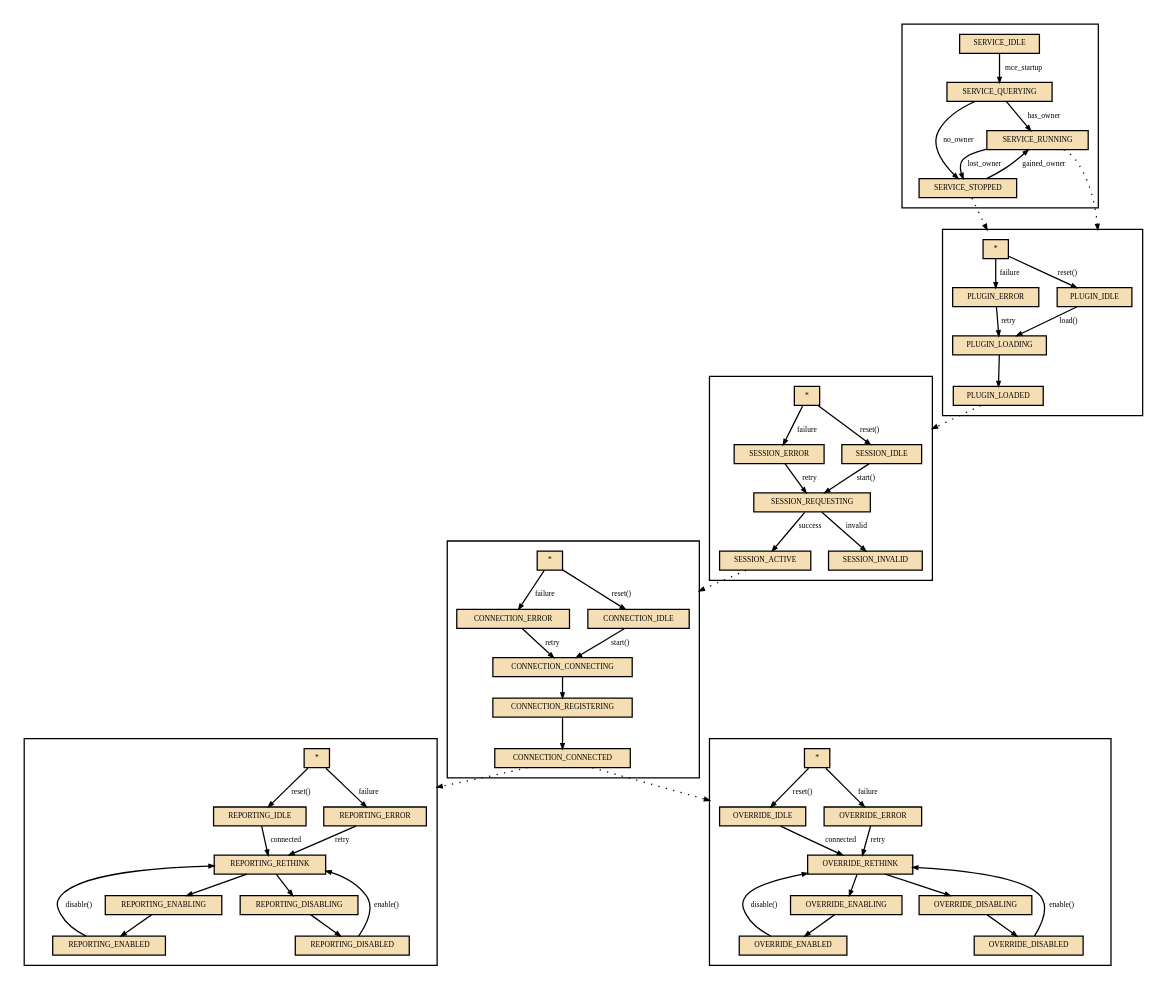
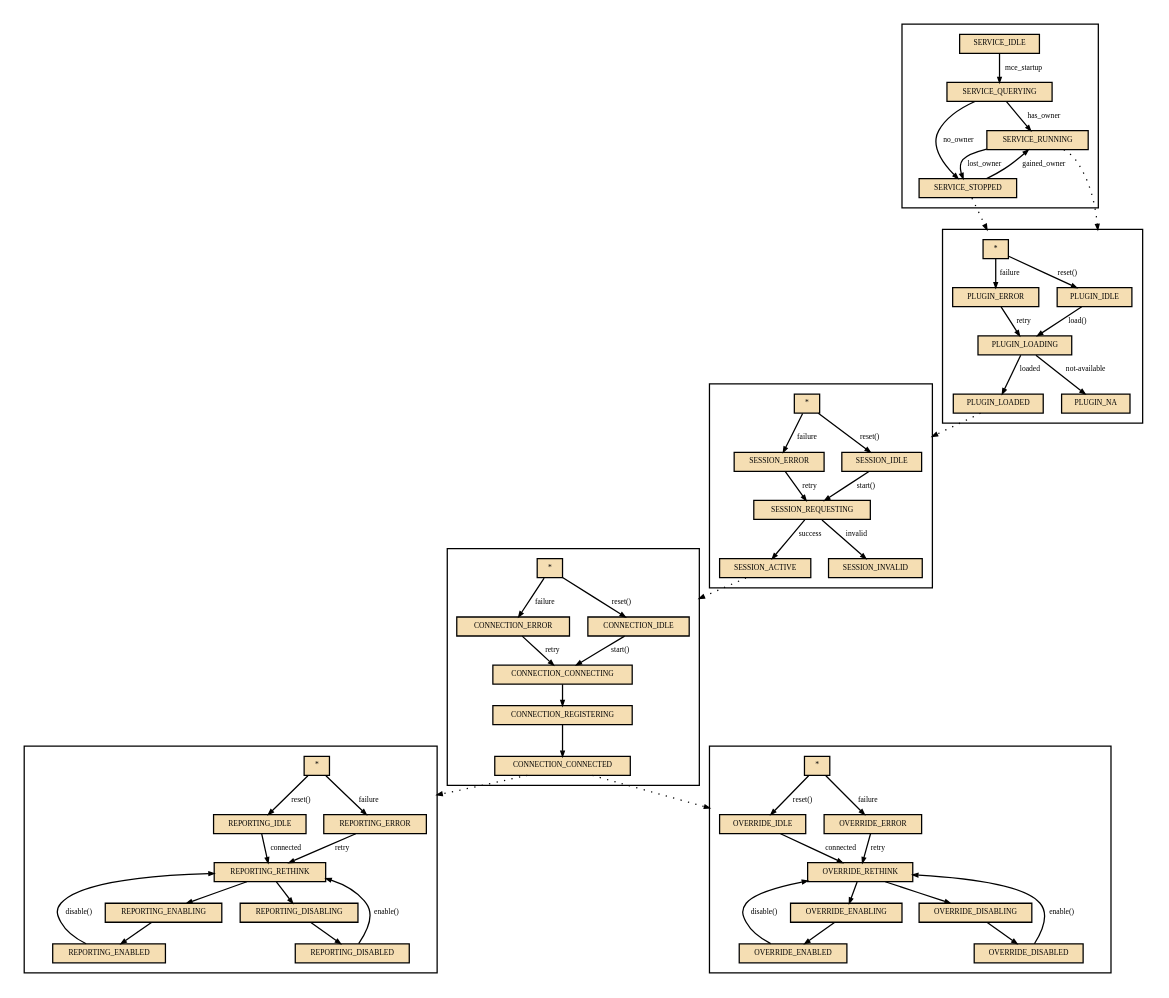
The diagram in mce-sensorfw.dot (sailfishos/mce), drawn with Graphviz before and after one commit. The commit also changed 1 other file, not shown here.

Commit message:
[mce-sensorfw] Do not retry loading of unavailable sensors. JB#41369
Now that it is possible for sensorfwd to refuse loading a sensor plugin
(due to the device not having such sensor), this can trigger MCE into
perpetual retry-in-N-seconds D-Bus IPC loop.

Differentiate between "sensor was not loaded" replies and "there were
issues while requesting sensor load" error replies - so that former
is taken to mean that the sensor is not available, and the latter as
something that might be helped with retrying a bit later.

```diff
--- a/mce-sensorfw.dot
+++ b/mce-sensorfw.dot
@@ -1,148 +1,149 @@
 // -*- mode: c -*-
 
 digraph mce_sensorfw
 {
   fontsize=6;
   ranksep=0.2;
   nodesep=0.2;
 
   edge[fontsize=6];
   edge[arrowsize=0.4];
 
   node[width=0.001]
   node[height=0.001]
   node[fontsize=6]
   node[shape=box];
   node[style=filled];
   node[fillcolor=wheat];
 
   compound = true;
 
   subgraph clusterREPORTING {
     REPORTING_IDLE;
     REPORTING_RETHINK;
     REPORTING_ENABLING;
     REPORTING_ENABLED;
     REPORTING_DISABLING;
     REPORTING_DISABLED;
     REPORTING_ERROR;
     REPORTING_ANY [label="*"];
 
     REPORTING_ANY       -> REPORTING_ERROR [label="failure"];
     REPORTING_ANY       -> REPORTING_IDLE  [label="reset()"];
 
     REPORTING_IDLE      -> REPORTING_RETHINK [label="connected"];
 
     REPORTING_RETHINK   -> REPORTING_ENABLING;
     REPORTING_RETHINK   -> REPORTING_DISABLING;
 
     REPORTING_ENABLING  -> REPORTING_ENABLED;
     REPORTING_ENABLED   -> REPORTING_RETHINK [label="disable()"];
 
     REPORTING_DISABLING -> REPORTING_DISABLED;
     REPORTING_DISABLED  -> REPORTING_RETHINK  [label="enable()"];
 
     REPORTING_ERROR     -> REPORTING_RETHINK [label="retry"];
   }
 
   subgraph clusterOVERRIDE {
     OVERRIDE_IDLE;
     OVERRIDE_RETHINK;
     OVERRIDE_ENABLING;
     OVERRIDE_ENABLED;
     OVERRIDE_DISABLING;
     OVERRIDE_DISABLED;
     OVERRIDE_ERROR;
     OVERRIDE_ANY [label="*"];
 
     OVERRIDE_ANY       -> OVERRIDE_ERROR [label="failure"];
     OVERRIDE_ANY       -> OVERRIDE_IDLE  [label="reset()"];
 
     OVERRIDE_IDLE      -> OVERRIDE_RETHINK [label="connected"];
 
     OVERRIDE_RETHINK   -> OVERRIDE_ENABLING;
     OVERRIDE_RETHINK   -> OVERRIDE_DISABLING;
 
     OVERRIDE_ENABLING  -> OVERRIDE_ENABLED;
     OVERRIDE_ENABLED   -> OVERRIDE_RETHINK [label="disable()"];
     OVERRIDE_DISABLING -> OVERRIDE_DISABLED;
     OVERRIDE_DISABLED  -> OVERRIDE_RETHINK  [label="enable()"];
 
     OVERRIDE_ERROR     -> OVERRIDE_RETHINK [label="retry"];
   }
 
   subgraph clusterCONNECTION {
     CONNECTION_IDLE;
     CONNECTION_CONNECTING;
     CONNECTION_REGISTERING;
     CONNECTION_CONNECTED;
     CONNECTION_ERROR;
     CONNECTION_ANY [label="*"];
 
     CONNECTION_ANY           -> CONNECTION_ERROR [label="failure"];
     CONNECTION_ANY           -> CONNECTION_IDLE  [label="reset()"];
 
     CONNECTION_IDLE          -> CONNECTION_CONNECTING [label="start()"];
     CONNECTION_CONNECTING    -> CONNECTION_REGISTERING;
     CONNECTION_REGISTERING   -> CONNECTION_CONNECTED;
 
     CONNECTION_CONNECTED -> REPORTING_IDLE [style=dotted, lhead=clusterREPORTING]
     CONNECTION_CONNECTED -> OVERRIDE_IDLE  [style=dotted, lhead=clusterOVERRIDE]
 
     CONNECTION_ERROR     -> CONNECTION_CONNECTING [label="retry"];
   }
   subgraph clusterSESSION {
     SESSION_IDLE;
     SESSION_REQUESTING;
     SESSION_ACTIVE;
     SESSION_ERROR;
     SESSION_INVALID;
     SESSION_ANY [label="*"];
 
     SESSION_ANY        -> SESSION_ERROR      [label="failure"];
     SESSION_ANY        -> SESSION_IDLE       [label="reset()"];
 
     SESSION_IDLE       -> SESSION_REQUESTING [label="start()"];
     SESSION_REQUESTING -> SESSION_ACTIVE     [label="success"];
     SESSION_REQUESTING -> SESSION_INVALID    [label="invalid"];
 
     SESSION_ACTIVE   -> CONNECTION_IDLE [style=dotted, lhead=clusterCONNECTION]
 
     SESSION_ERROR    -> SESSION_REQUESTING [label="retry"];
   }
 
   subgraph clusterPLUGIN {
     PLUGIN_IDLE;
     PLUGIN_LOADING;
     PLUGIN_LOADED;
     PLUGIN_ERROR;
+    PLUGIN_NA;
     PLUGIN_ANY [label="*"];
 
-    PLUGIN_ANY  -> PLUGIN_IDLE    [label="reset()"];
-    PLUGIN_IDLE -> PLUGIN_LOADING [label="load()"];
+    PLUGIN_ANY  -> PLUGIN_IDLE       [label="reset()"];
+    PLUGIN_IDLE -> PLUGIN_LOADING    [label="load()"];
+    PLUGIN_LOADING -> PLUGIN_NA      [label="not-available"];
+    PLUGIN_LOADING -> PLUGIN_LOADED  [label="loaded"];
+    PLUGIN_ANY     -> PLUGIN_ERROR   [label="failure"];
 
-    PLUGIN_LOADING -> PLUGIN_LOADED;
-    PLUGIN_ANY     -> PLUGIN_ERROR [label="failure"];
-
-    PLUGIN_LOADED  -> SESSION_IDLE [style=dotted, lhead=clusterSESSION];
+    PLUGIN_LOADED  -> SESSION_IDLE   [style=dotted, lhead=clusterSESSION];
 
     PLUGIN_ERROR   -> PLUGIN_LOADING [label="retry"];
   }
 
   subgraph clusterSERVICE {
     SERVICE_IDLE;
     SERVICE_QUERYING;
     SERVICE_RUNNING;
     SERVICE_STOPPED;
 
     SERVICE_IDLE -> SERVICE_QUERYING    [label="mce_startup"];
     SERVICE_QUERYING -> SERVICE_RUNNING [label="has_owner"];
     SERVICE_QUERYING -> SERVICE_STOPPED [label="no_owner"];
     SERVICE_RUNNING -> SERVICE_STOPPED  [label="lost_owner"];
     SERVICE_STOPPED -> SERVICE_RUNNING  [label="gained_owner"];
 
     SERVICE_RUNNING -> PLUGIN_IDLE [style=dotted, lhead=clusterPLUGIN];
     SERVICE_STOPPED -> PLUGIN_ANY [style=dotted, lhead=clusterPLUGIN];
   }
 
 }
```
